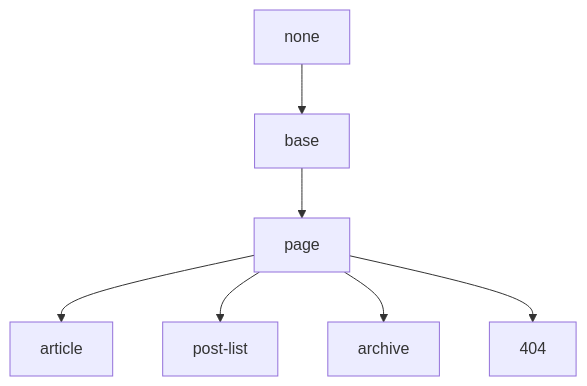
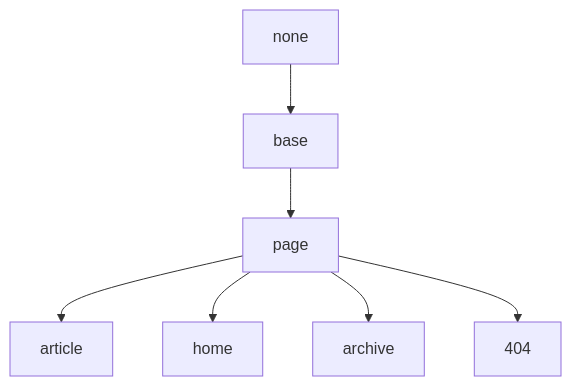
One commit to hillaryyang/hillaryyang.github.io changed the diagram in docs/en/2.3-layouts.md. Above: the diagram before and after it, drawn with Mermaid. The commit also changed other lines of this file and 24 other files, not shown here.

Commit message:
feat: post-list layout -> home layout, toc bottom bugs fix, mermaid bugs fix

````diff
--- a/docs/en/2.3-layouts.md
+++ b/docs/en/2.3-layouts.md
@@ -12,16 +12,16 @@
 ```mermaid
 graph TB;
     NONE[none]
     BASE[base]
     PAGE[page]
     ARTICLE[article]
-    POST_LIST[post-list]
+    HOME[home]
     ARCHIVE[archive]
     404[404]
     NONE-->BASE;
     BASE-->PAGE;
     PAGE-->ARTICLE;
-    PAGE-->POST_LIST;
+    PAGE-->HOME;
     PAGE-->ARCHIVE;
     PAGE-->404;
 ```
````
